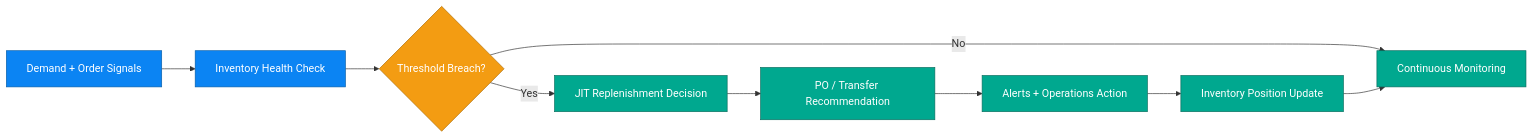
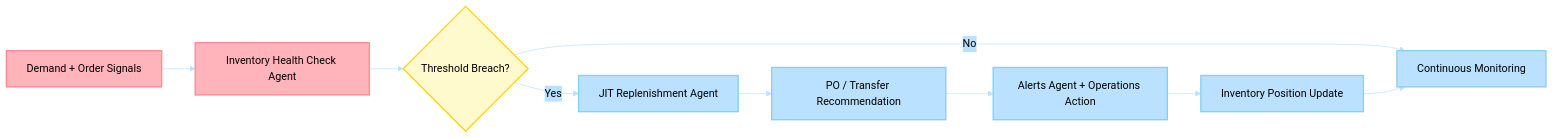
Before and after one commit to Azure-Samples/holiday-peak-hub: the diagram in docs/business_scenarios/04-inventory-optimization/README.md, drawn with Mermaid. The commit also changed other lines of this file and 112 other files, not shown here.

````diff
--- a/docs/business_scenarios/04-inventory-optimization/README.md
+++ b/docs/business_scenarios/04-inventory-optimization/README.md
@@ -27,19 +40,27 @@
 ```mermaid
+%%{init: {'theme':'base', 'themeVariables': {
+  'primaryColor':'#FFB3BA',
+  'primaryTextColor':'#000',
+  'primaryBorderColor':'#FF8B94',
+  'lineColor':'#BAE1FF',
+  'secondaryColor':'#BAE1FF',
+  'tertiaryColor':'#FFFFFF'
+}}}%%
 flowchart LR
-   A[Demand + Order Signals] --> B[Inventory Health Check]
+   A[Demand + Order Signals] --> B[Inventory Health Check Agent]
    B --> C{Threshold Breach?}
-   C -->|Yes| D[JIT Replenishment Decision]
+   C -->|Yes| D[JIT Replenishment Agent]
    D --> E[PO / Transfer Recommendation]
-   E --> F[Alerts + Operations Action]
+   E --> F[Alerts Agent + Operations Action]
    F --> G[Inventory Position Update]
    C -->|No| H[Continuous Monitoring]
    G --> H
 
-   classDef a fill:#0B84F3,color:#fff,stroke:#085ea8
-   classDef b fill:#00A88F,color:#fff,stroke:#0b6e5f
-   classDef c fill:#F39C12,color:#fff,stroke:#af6f0c
-   classDef d fill:#8E44AD,color:#fff,stroke:#5b2a70
-   class A,B a
-   class D,E,F,G,H b
-   class C c
+   classDef primary fill:#FFB3BA,stroke:#FF8B94,stroke-width:2px,color:#000
+   classDef secondary fill:#BAE1FF,stroke:#89CFF0,stroke-width:2px,color:#000
+   classDef alert fill:#FFFACD,stroke:#FFD700,stroke-width:2px,color:#000
+
+   class A,B primary
+   class D,E,F,G,H secondary
+   class C alert
 ```
````
